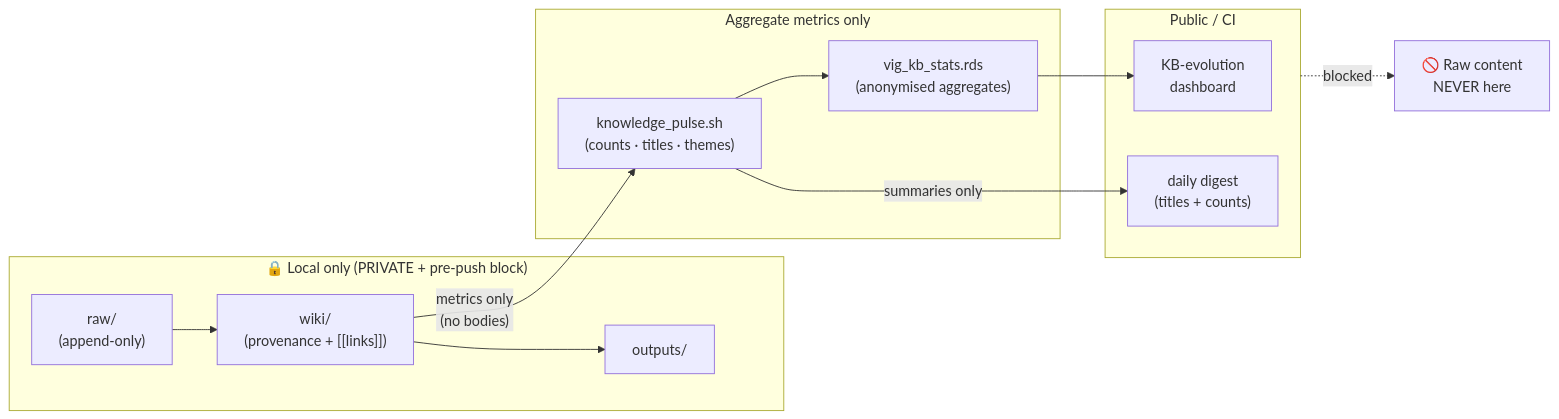
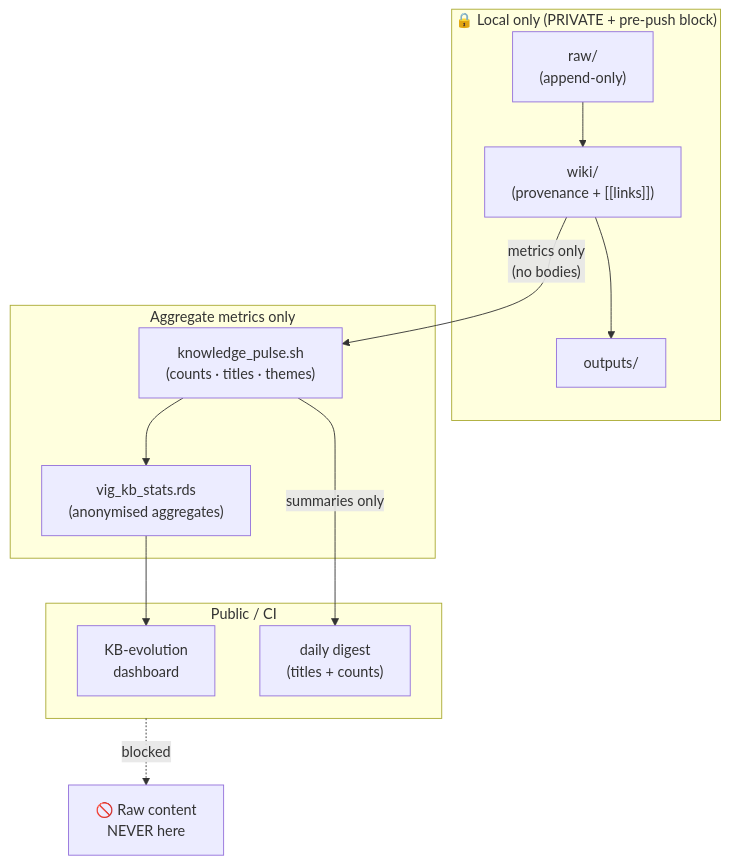
One commit to JohnGavin/llm changed the diagram in vignettes/knowledge-evolution/architecture.qmd. Above: the diagram before and after it, drawn with Mermaid. The commit also changed 10 other files, not shown here.

````diff
--- a/vignettes/knowledge-evolution/architecture.qmd
+++ b/vignettes/knowledge-evolution/architecture.qmd
@@ -23,37 +23,38 @@
 ```{mermaid}
+%%| fig-cap: "This diagram traces how a piece of knowledge moves from raw capture to public dashboard while a privacy boundary blocks its content from ever leaving the local machine. Raw material lands append-only in raw/, gets distilled with provenance and cross-links into wiki/, and only then feeds outputs/; separately, knowledge_pulse.sh reads wiki/ and extracts counts, titles, and themes — never page bodies — into the committed vig_kb_stats.rds aggregate. The Public / CI subgraph (the dashboard and the daily digest email) can only ever see that aggregate, and the crossed-out arrow to 'Raw content NEVER here' marks the boundary that is structurally, not just procedurally, enforced."
 %%| fig-alt: "Knowledge base data flow: raw (append-only) feeds wiki (provenance + cross-links) feeds outputs. A privacy boundary prevents raw content from reaching CI, the dashboard, or the digest email. knowledge_pulse.sh extracts aggregate metrics only."
 
-flowchart LR
+flowchart TB
   subgraph LOCAL ["🔒 Local only (PRIVATE + pre-push block)"]
     RAW["raw/\n(append-only)"]
     WIKI["wiki/\n(provenance + [[links]])"]
     OUT["outputs/"]
     RAW --> WIKI
     WIKI --> OUT
   end
 
   subgraph METRICS ["Aggregate metrics only"]
     PULSE["knowledge_pulse.sh\n(counts · titles · themes)"]
     RDS["vig_kb_stats.rds\n(anonymised aggregates)"]
     PULSE --> RDS
   end
 
   WIKI -->|"metrics only\n(no bodies)"| PULSE
 
   subgraph PUBLISH ["Public / CI"]
     DASH["KB-evolution\ndashboard"]
     EMAIL["daily digest\n(titles + counts)"]
     RDS --> DASH
     PULSE -->|"summaries only"| EMAIL
   end
 
   PRIVACY["🚫 Raw content\nNEVER here"]
   PUBLISH -.->|blocked| PRIVACY
 
   click RAW "https://github.com/JohnGavin/llm/blob/main/.claude/rules/wiki-conventions.md#L44" _blank
   click WIKI "https://github.com/JohnGavin/llm/blob/main/.claude/rules/wiki-conventions.md#L63" _blank
   click PULSE "https://github.com/JohnGavin/llm/blob/main/.claude/scripts/knowledge_pulse.sh#L1" _blank
   click RDS "https://github.com/JohnGavin/llm/issues/122" _blank
   click EMAIL "https://github.com/JohnGavin/llm/issues/298" _blank
   click DASH "https://johngavin.github.io/llm/vignettes/knowledge-evolution/index.html" _blank
 ```
````
